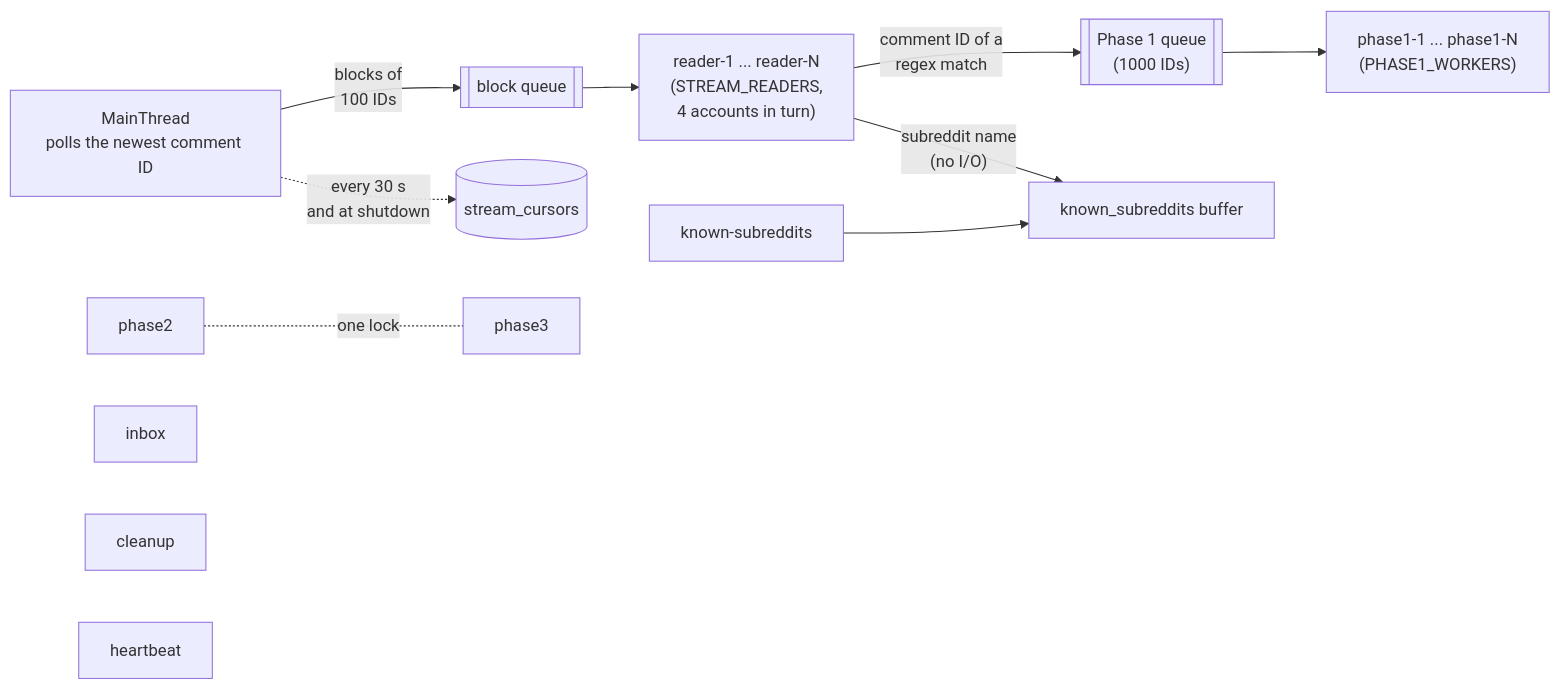
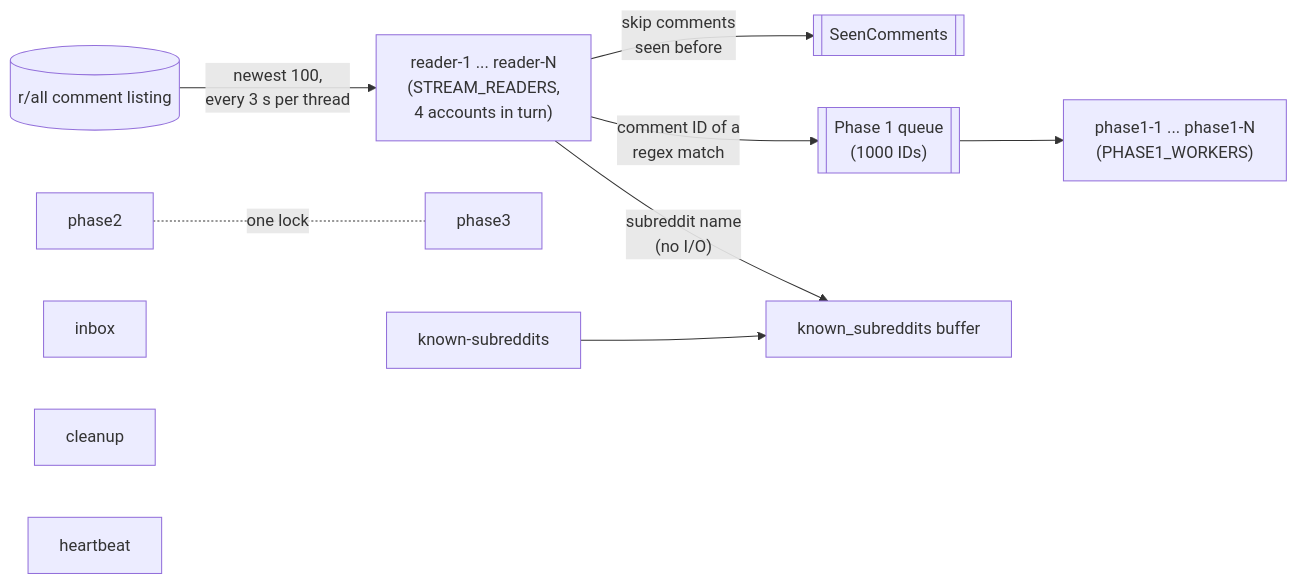
One commit to Toldry/RedditAutoCrosspostBot changed the third of 4 diagrams in AGENTS.md. Above: the diagram before and after it, drawn with Mermaid. The commit also changed other lines of this file and 10 other files, not shown here.

First line of the commit message:
fix: read comments from the r/all listing on many threads again

````diff
--- a/AGENTS.md
+++ b/AGENTS.md
@@ -594,14 +591,13 @@
 ```mermaid
 flowchart LR
-    M["MainThread\npolls the newest comment ID"] -->|"blocks of\n100 IDs"| BQ[["block queue"]]
-    M -.->|"every 30 s\nand at shutdown"| C[("stream_cursors")]
-    BQ --> S["reader-1 ... reader-N\n(STREAM_READERS,\n4 accounts in turn)"]
+    R[("r/all comment listing")] -->|"newest 100,\nevery 3 s per thread"| S["reader-1 ... reader-N\n(STREAM_READERS,\n4 accounts in turn)"]
+    S -->|"skip comments\nseen before"| SC[["SeenComments"]]
     S -->|"comment ID of a\nregex match"| Q[["Phase 1 queue\n(1000 IDs)"]]
     Q --> W["phase1-1 ... phase1-N\n(PHASE1_WORKERS)"]
     S -->|"subreddit name\n(no I/O)"| K["known_subreddits buffer"]
     J1["phase2"] -.-|"one lock"| J2["phase3"]
     J3["inbox"]
     J4["cleanup"]
     J5["heartbeat"]
     J6["known-subreddits"] --> K
 ```
````
